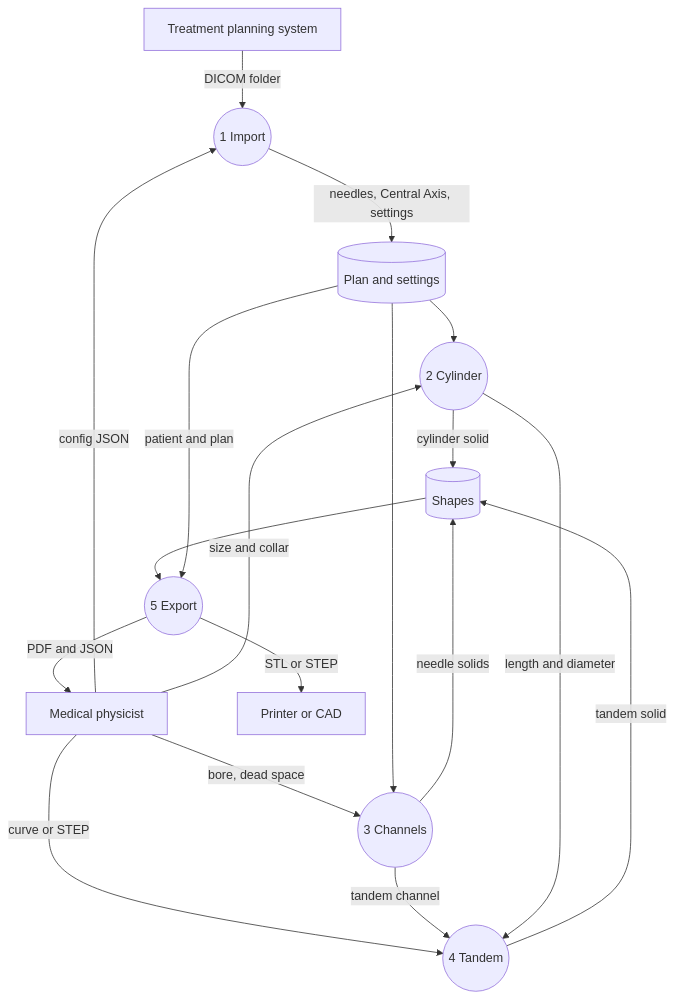
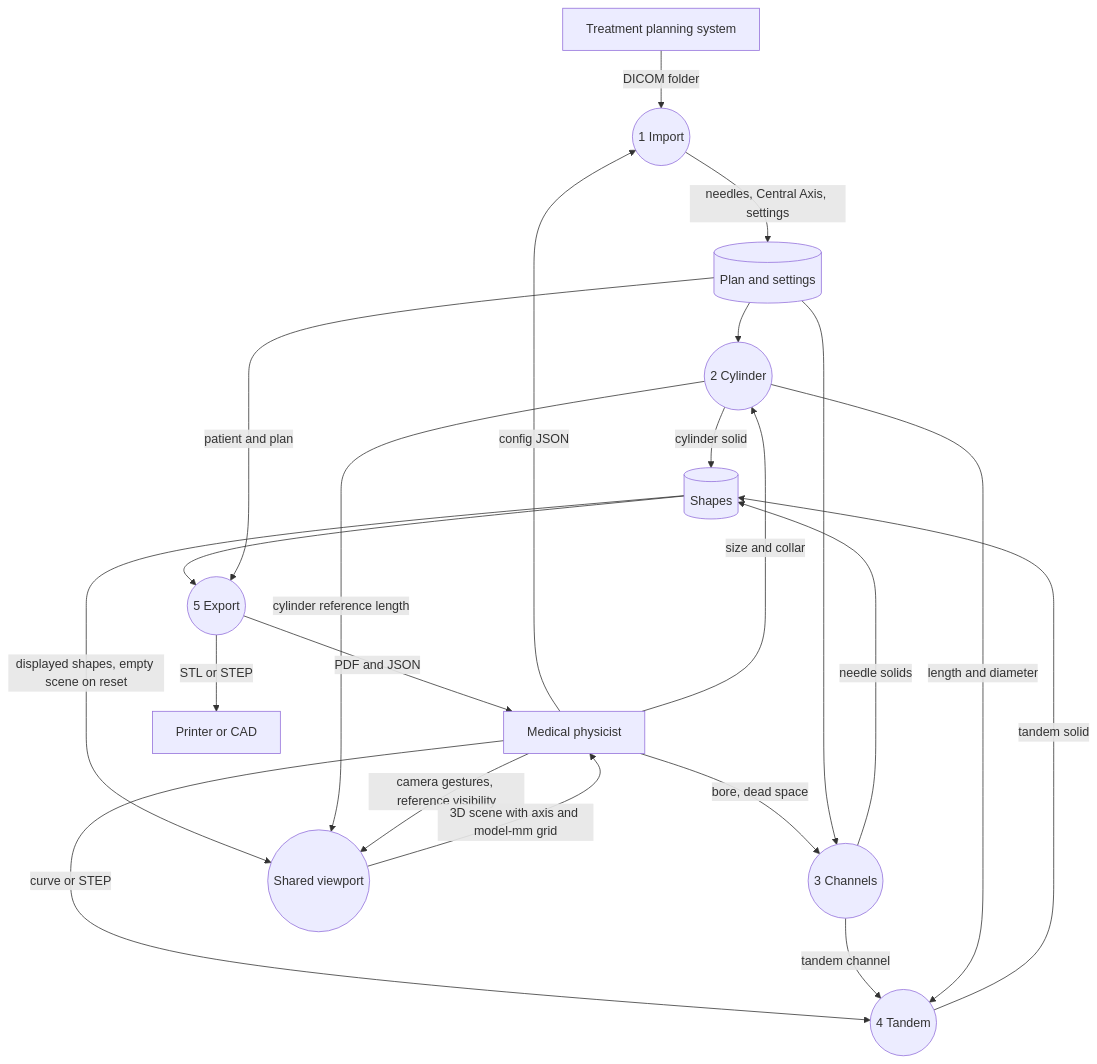
The diagram in docs/architecture/diagrams/existing-framework/dfd-1.mmd (COSC-499-W2026/capstone-project-team-10), drawn with Mermaid before and after one commit. The commit also changed 14 other files, not shown here.

Commit message:
docs: document viewport controls and reference overlays

```diff
--- a/docs/architecture/diagrams/existing-framework/dfd-1.mmd
+++ b/docs/architecture/diagrams/existing-framework/dfd-1.mmd
@@ -1,32 +1,38 @@
 %% title: DFD level 1
 %% alt: DFD level 1, the five tabs
 flowchart TB
   tps["Treatment planning system"]
   physicist["Medical physicist"]
   printer["Printer or CAD"]
 
   p1(("1 Import"))
   p2(("2 Cylinder"))
   p3(("3 Channels"))
   p4(("4 Tandem"))
   p5(("5 Export"))
   d1[("Plan and settings")]
   d2[("Shapes")]
 
   tps -->|"DICOM folder"| p1
   physicist -->|"config JSON"| p1
   p1 -->|"needles, Central Axis, settings"| d1
   physicist -->|"size and collar"| p2
   d1 --> p2
   p2 -->|"cylinder solid"| d2
   physicist -->|"bore, dead space"| p3
   d1 --> p3
   p3 -->|"needle solids"| d2
   physicist -->|"curve or STEP"| p4
   p3 -->|"tandem channel"| p4
   p2 -->|"length and diameter"| p4
   p4 -->|"tandem solid"| d2
   d2 --> p5
   d1 -->|"patient and plan"| p5
   p5 -->|"STL or STEP"| printer
   p5 -->|"PDF and JSON"| physicist
+
+  review(("Shared viewport"))
+  d2 -->|"displayed shapes, empty scene on reset"| review
+  p2 -->|"cylinder reference length"| review
+  physicist -->|"camera gestures, reference visibility"| review
+  review -->|"3D scene with axis and model-mm grid"| physicist
```
